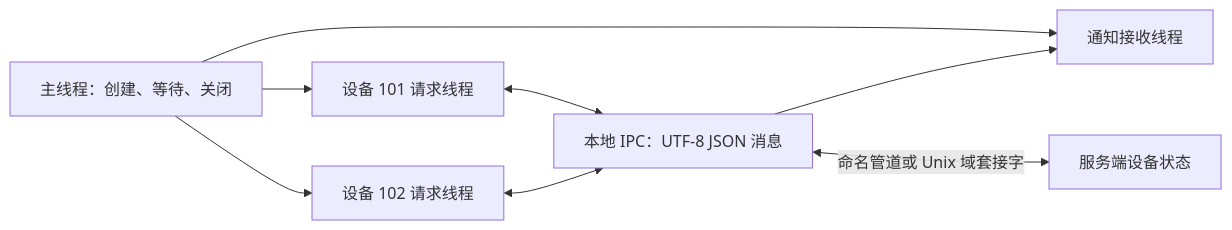
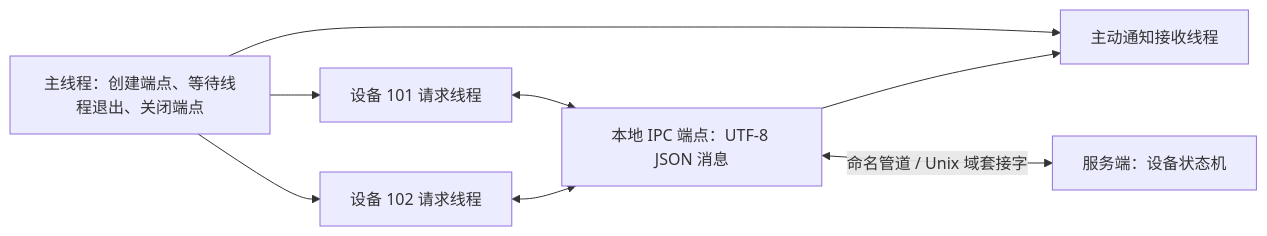
Before and after one commit to HuangX666/hx_c_platform: the diagram in docs/IPC_BUSINESS.zh-CN.md, drawn with Mermaid. The commit also changed other lines of this file and 135 other files, not shown here.

````diff
--- a/docs/IPC_BUSINESS.zh-CN.md
+++ b/docs/IPC_BUSINESS.zh-CN.md
@@ -55,10 +64,10 @@
 ```mermaid
 flowchart LR
-    Main[主线程：创建、等待、关闭] --> A[设备 101 请求线程]
+    Main[主线程：创建端点、等待线程退出、关闭端点] --> A[设备 101 请求线程]
     Main --> B[设备 102 请求线程]
-    Main --> R[通知接收线程]
-    A <--> I[本地 IPC：UTF-8 JSON 消息]
+    Main --> R[主动通知接收线程]
+    A <--> I[本地 IPC 端点：UTF-8 JSON 消息]
     B <--> I
     I --> R
-    I <-->|命名管道或 Unix 域套接字| S[服务端设备状态]
+    I <-->|命名管道 / Unix 域套接字| S[服务端：设备状态机]
 ```
````
